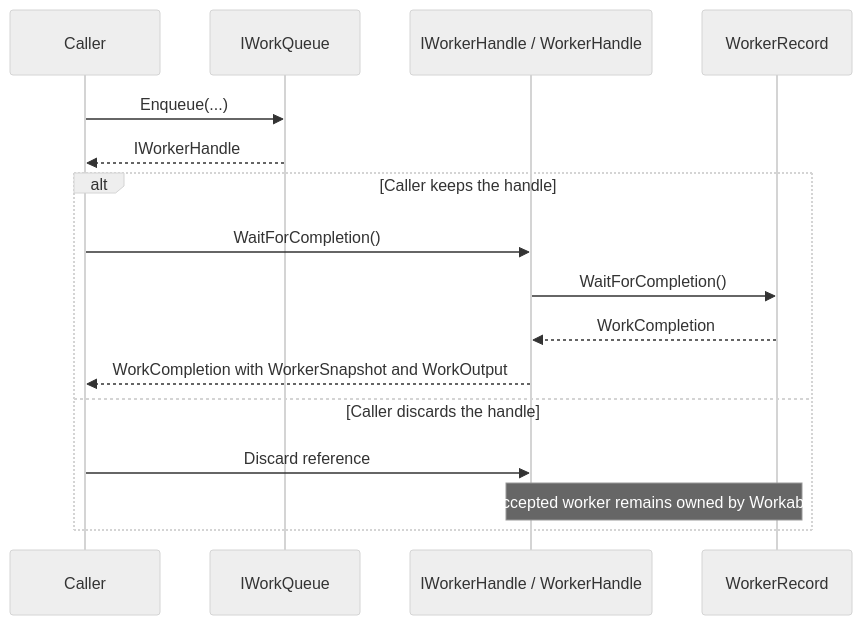
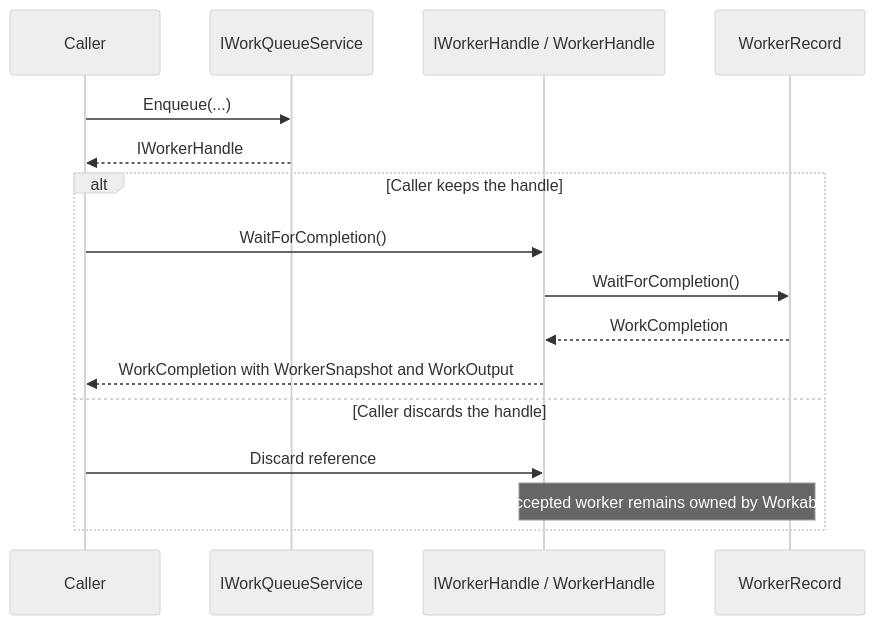
The fourth of 5 diagrams in docs/work-lifecycle.md (aliendomain/workable), drawn with Mermaid (neutral theme) before and after one commit. The commit also changed other lines of this file and 13 other files, not shown here.

First line of the commit message:
Rename work queue surface to service

````diff
--- a/docs/work-lifecycle.md
+++ b/docs/work-lifecycle.md
@@ -130,20 +130,20 @@
 ```mermaid
 sequenceDiagram
     participant Caller
-    participant Queue as IWorkQueue
+    participant Queue as IWorkQueueService
     participant Handle as IWorkerHandle / WorkerHandle
     participant Record as WorkerRecord
 
     Caller->>Queue: Enqueue(...)
     Queue-->>Caller: IWorkerHandle
 
     alt Caller keeps the handle
     Caller->>Handle: WaitForCompletion()
     Handle->>Record: WaitForCompletion()
     Record-->>Handle: WorkCompletion
     Handle-->>Caller: WorkCompletion with WorkerSnapshot and WorkOutput
     else Caller discards the handle
     Caller->>Handle: Discard reference
     Note over Handle,Record: Accepted worker remains owned by Workable
     end
 ```
````
